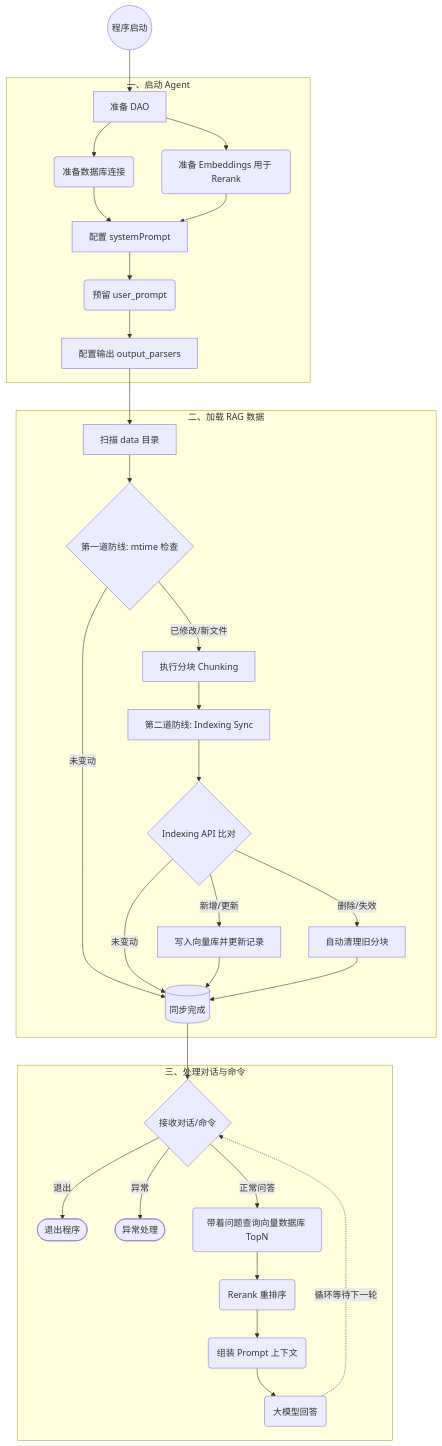
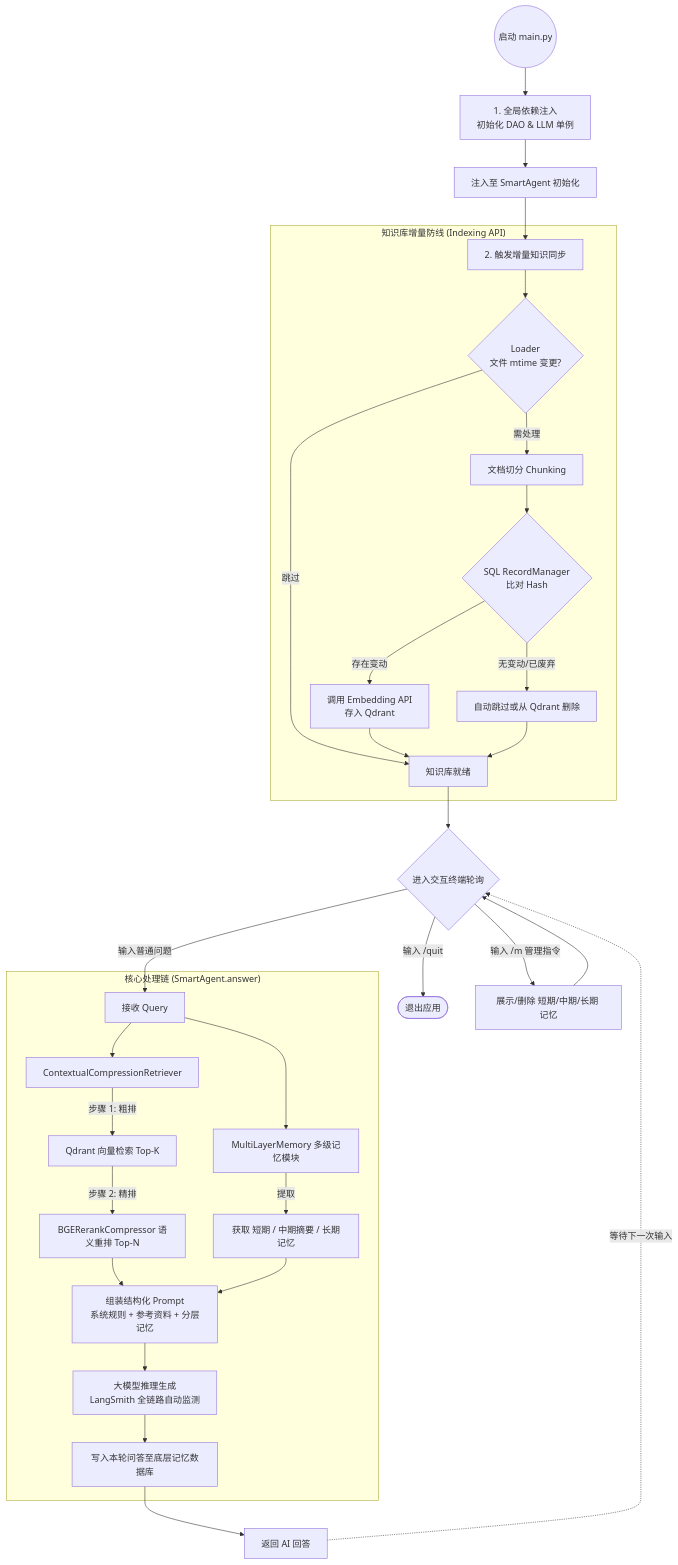
One commit to lrxCn/helloAgent changed the diagram in README.md. Above: the diagram before and after it, drawn with Mermaid. The commit also changed other lines of this file and 4 other files, not shown here.

````diff
--- a/README.md
+++ b/README.md
@@ -30,43 +87,45 @@
 ```mermaid
 graph TD
-    Start((程序启动)) --> P1
-    
-    subgraph Phase1 [一、启动 Agent]
-        P1[准备 DAO] --> P1_1(准备数据库连接)
-        P1 --> P1_2(准备 Embeddings 用于 Rerank)
-        P1_1 --> P2[配置 systemPrompt]
-        P1_2 --> P2
-        P2 --> P2_1(预留 user_prompt)
-        P2_1 --> P3[配置输出 output_parsers]
+    Start((启动 main.py)) --> InitDI[1. 全局依赖注入<br>初始化 DAO & LLM 单例]
+    InitDI --> AgentInit[注入至 SmartAgent 初始化]
+    AgentInit --> Sync[2. 触发增量知识同步]
+
+    subgraph Phase_KnowledgeSync ["知识库增量防线 (Indexing API)"]
+        Sync --> Loader{Loader<br>文件 mtime 变更?}
+        Loader -->|跳过| SyncDone[知识库就绪]
+        Loader -->|需处理| Chunking[文档切分 Chunking]
+        Chunking --> RecordManager{SQL RecordManager<br>比对 Hash}
+        RecordManager -->|存在变动| Embed[调用 Embedding API<br>存入 Qdrant]
+        RecordManager -->|无变动/已废弃| Clean[自动跳过或从 Qdrant 删除]
+        Embed --> SyncDone
+        Clean --> SyncDone
     end
 
-    P3 --> R0
-    
-    subgraph Phase2 [二、加载 RAG 数据]
-        R0[扫描 data 目录] --> R1{第一道防线: mtime 检查}
-        R1 -->|已修改/新文件| R2[执行分块 Chunking]
-        R1 -->|未变动| R7[(同步完成)]
-        
-        R2 --> R3[第二道防线: Indexing Sync]
-        R3 --> R4{Indexing API 比对}
-        R4 -->|新增/更新| R5[写入向量库并更新记录]
-        R4 -->|删除/失效| R6[自动清理旧分块]
-        R4 -->|未变动| R7
-        R5 --> R7
-        R6 --> R7
+    SyncDone --> ChatLoop{进入交互终端轮询}
+
+    ChatLoop -->|输入 /quit| Exit([退出应用])
+    ChatLoop -->|输入 /m 管理指令| MemoryCmd[展示/删除 短期/中期/长期 记忆]
+    MemoryCmd --> ChatLoop
+
+    ChatLoop -->|输入普通问题| Pipeline
+
+    subgraph Phase_RAG_Pipeline ["核心处理链 (SmartAgent.answer)"]
+        Pipeline[接收 Query] --> Ret1[ContextualCompressionRetriever]
+
+        Ret1 -->|步骤 1: 粗排| BaseRet[Qdrant 向量检索 Top-K]
+        BaseRet -->|步骤 2: 精排| Rerank[BGERerankCompressor 语义重排 Top-N]
+
+        Pipeline --> MemMgr[MultiLayerMemory 多级记忆模块]
+        MemMgr -->|提取| MemRead[获取 短期 / 中期摘要 / 长期记忆]
+
+        Rerank --> Assembler[组装结构化 Prompt<br>系统规则 + 参考资料 + 分层记忆]
+        MemRead --> Assembler
+
+        Assembler --> LLM[大模型推理生成<br> LangSmith 全链路自动监测 ]
+
+        LLM --> WriteMem[写入本轮问答至底层记忆数据库]
     end
 
-    R7 --> C1
-    
-    subgraph Phase3 [三、处理对话与命令]
-        C1{接收对话/命令}
-        C1 -->|退出| C2([退出程序])
-        C1 -->|异常| C3([异常处理])
-        
-        C1 -->|正常问答| C4_1(带着问题查询向量数据库 TopN)
-        C4_1 --> C4_2(Rerank 重排序)
-        C4_2 --> C4_3(组装 Prompt 上下文)
-        C4_3 --> C4_4(大模型回答)
-        C4_4 -.->|循环等待下一轮| C1
-    end
+    WriteMem --> Print[返回 AI 回答]
+    Print -.->|等待下一次输入| ChatLoop
 ```
````
